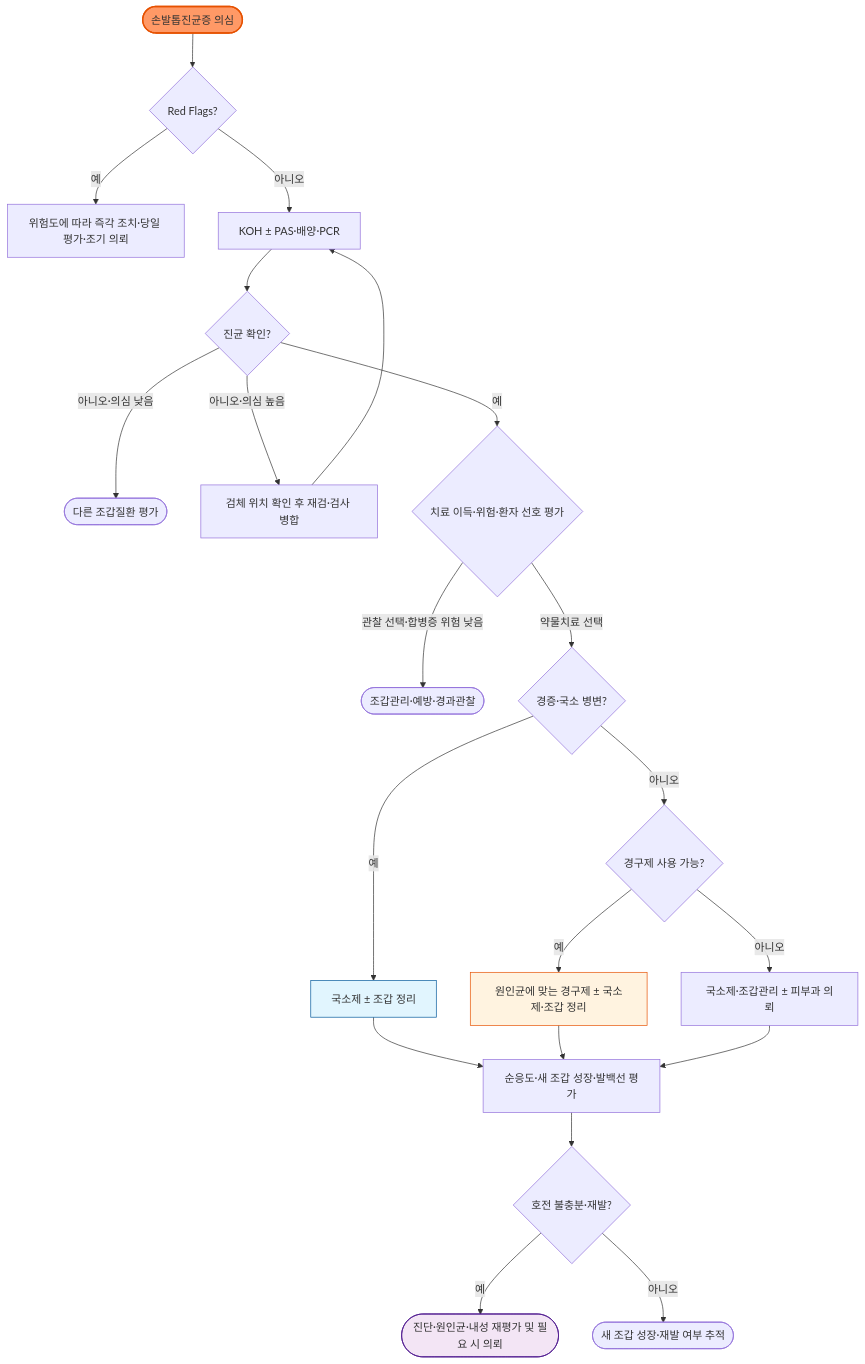
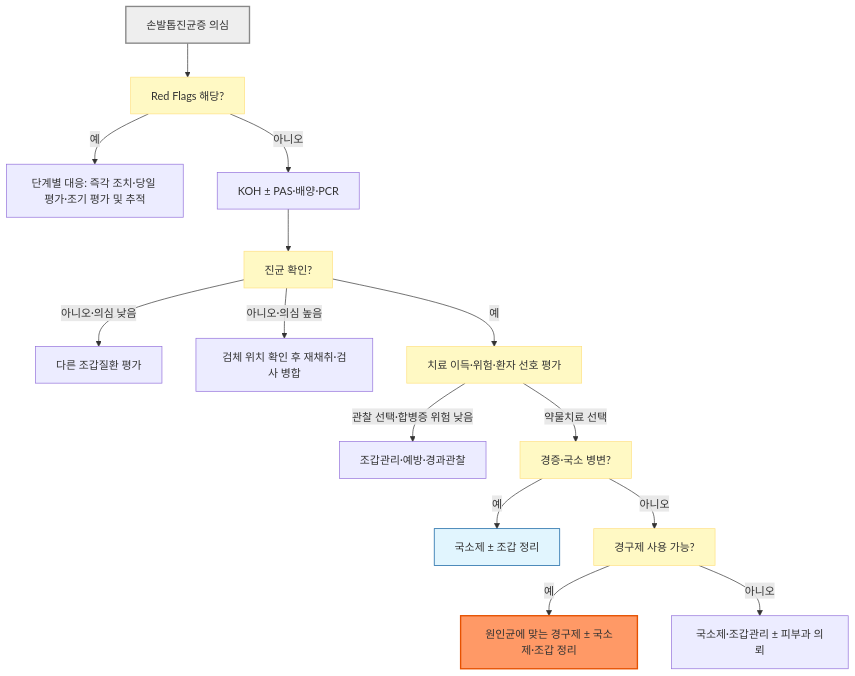
The diagram in 229_/173_-onychomycosis.md (familyoh77/familyoh77), drawn with Mermaid before and after one commit. The commit also changed other lines of this file and 9 other files, not shown here.

````diff
--- a/229_/173_-onychomycosis.md
+++ b/229_/173_-onychomycosis.md
@@ -109,27 +109,22 @@
 ```mermaid
 flowchart TB
-    A(["손발톱진균증 의심"]) --> B{"Red Flags?"}
-    B -- "예" --> C["위험도에 따라 즉각 조치·당일 평가·조기 의뢰"]
+    A["손발톱진균증 의심"] --> B["Red Flags 해당?"]
+    B -- "예" --> C["단계별 대응: 즉각 조치·당일 평가·조기 평가 및 추적"]
     B -- "아니오" --> D["KOH ± PAS·배양·PCR"]
-    D --> E{"진균 확인?"}
-    E -- "아니오·의심 낮음" --> F(["다른 조갑질환 평가"])
-    E -- "아니오·의심 높음" --> G["검체 위치 확인 후 재검·검사 병합"]
-    G --> D
-    E -- "예" --> Q{"치료 이득·위험·환자 선호 평가"}
-    Q -- "관찰 선택·합병증 위험 낮음" --> R(["조갑관리·예방·경과관찰"])
-    Q -- "약물치료 선택" --> H{"경증·국소 병변?"}
+    D --> E["진균 확인?"]
+    E -- "아니오·의심 낮음" --> F["다른 조갑질환 평가"]
+    E -- "아니오·의심 높음" --> G["검체 위치 확인 후 재채취·검사 병합"]
+    E -- "예" --> Q["치료 이득·위험·환자 선호 평가"]
+    Q -- "관찰 선택·합병증 위험 낮음" --> R["조갑관리·예방·경과관찰"]
+    Q -- "약물치료 선택" --> H["경증·국소 병변?"]
     H -- "예" --> I["국소제 ± 조갑 정리"]
-    H -- "아니오" --> J{"경구제 사용 가능?"}
+    H -- "아니오" --> J["경구제 사용 가능?"]
     J -- "예" --> K["원인균에 맞는 경구제 ± 국소제·조갑 정리"]
     J -- "아니오" --> L["국소제·조갑관리 ± 피부과 의뢰"]
-    I --> M["순응도·새 조갑 성장·발백선 평가"]
-    K --> M
-    L --> M
-    M --> N{"호전 불충분·재발?"}
-    N -- "예" --> O(["진단·원인균·내성 재평가 및 필요 시 의뢰"])
-    N -- "아니오" --> P(["새 조갑 성장·재발 여부 추적"])
-    style A fill:#f96,stroke:#e65100,stroke-width:2px
+
+    classDef question fill:#fff9c4,stroke:#ffe082
+    class B,E,Q,H,J question
+    style A fill:#eeeeee,stroke:#888888,stroke-width:2px
     style I fill:#e1f5fe,stroke:#01579b
-    style K fill:#fff3e0,stroke:#e65100
-    style O fill:#f3e5f5,stroke:#4a148c
+    style K fill:#f96,stroke:#e65100,stroke-width:2px
 ```
````
